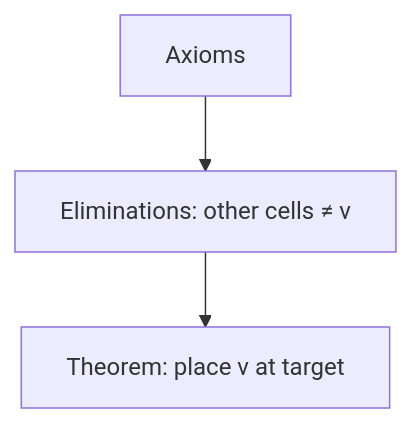
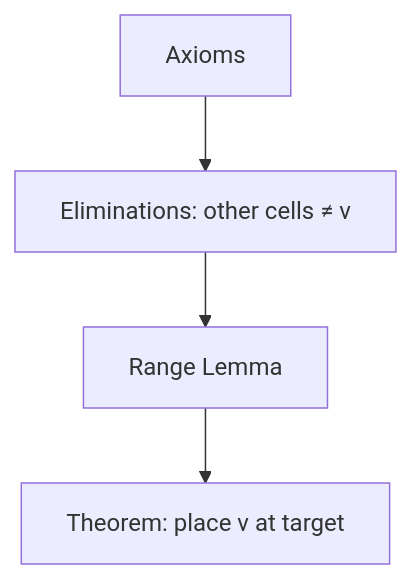
Before and after one commit to davecarr1024/sudologue: the third of 4 diagrams in docs/design.md, drawn with Mermaid. The commit also changed other lines of this file and 12 other files, not shown here.

````diff
--- a/docs/design.md
+++ b/docs/design.md
@@ -116,5 +124,6 @@
 ```mermaid
 flowchart TD
   A2[Axioms] --> E2[Eliminations: other cells ≠ v]
-  E2 --> T2[Theorem: place v at target]
+  E2 --> R2[Range Lemma]
+  R2 --> T2[Theorem: place v at target]
 ```
````
